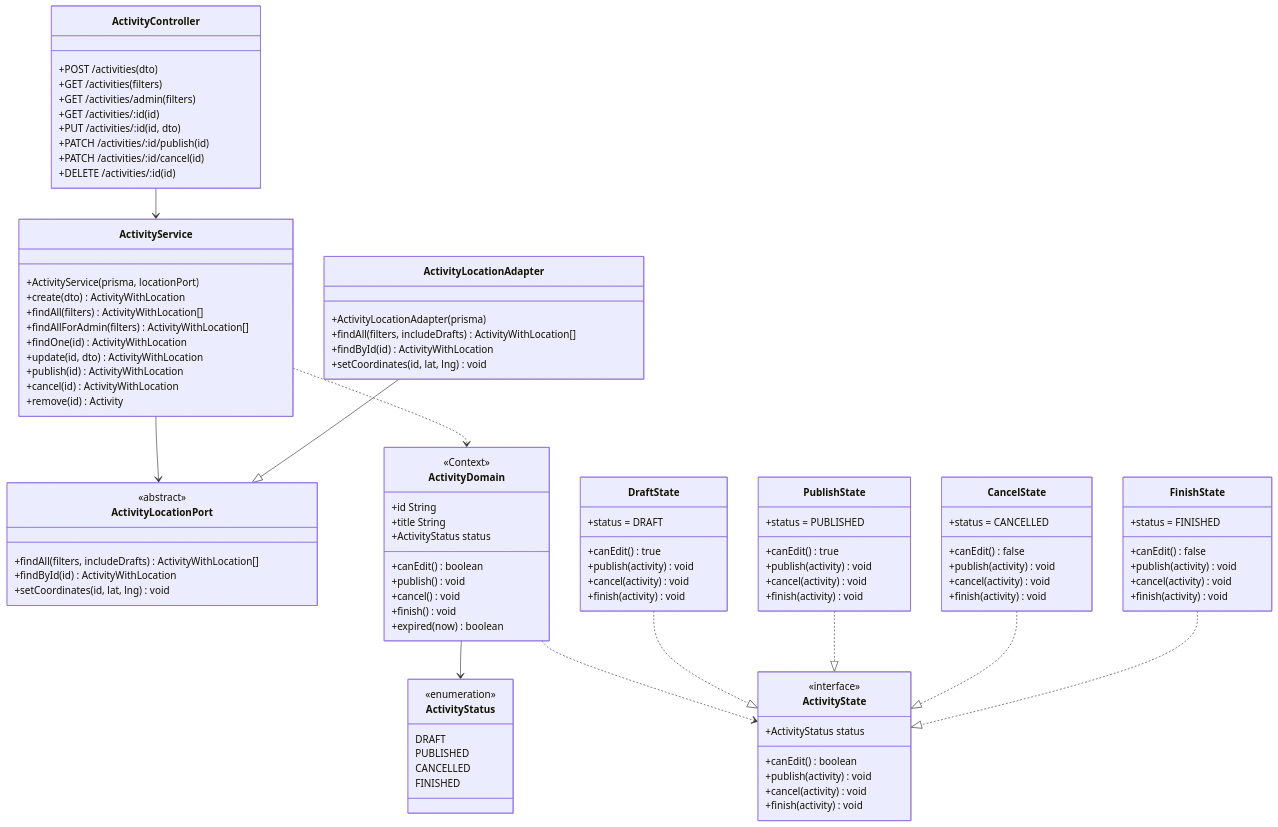
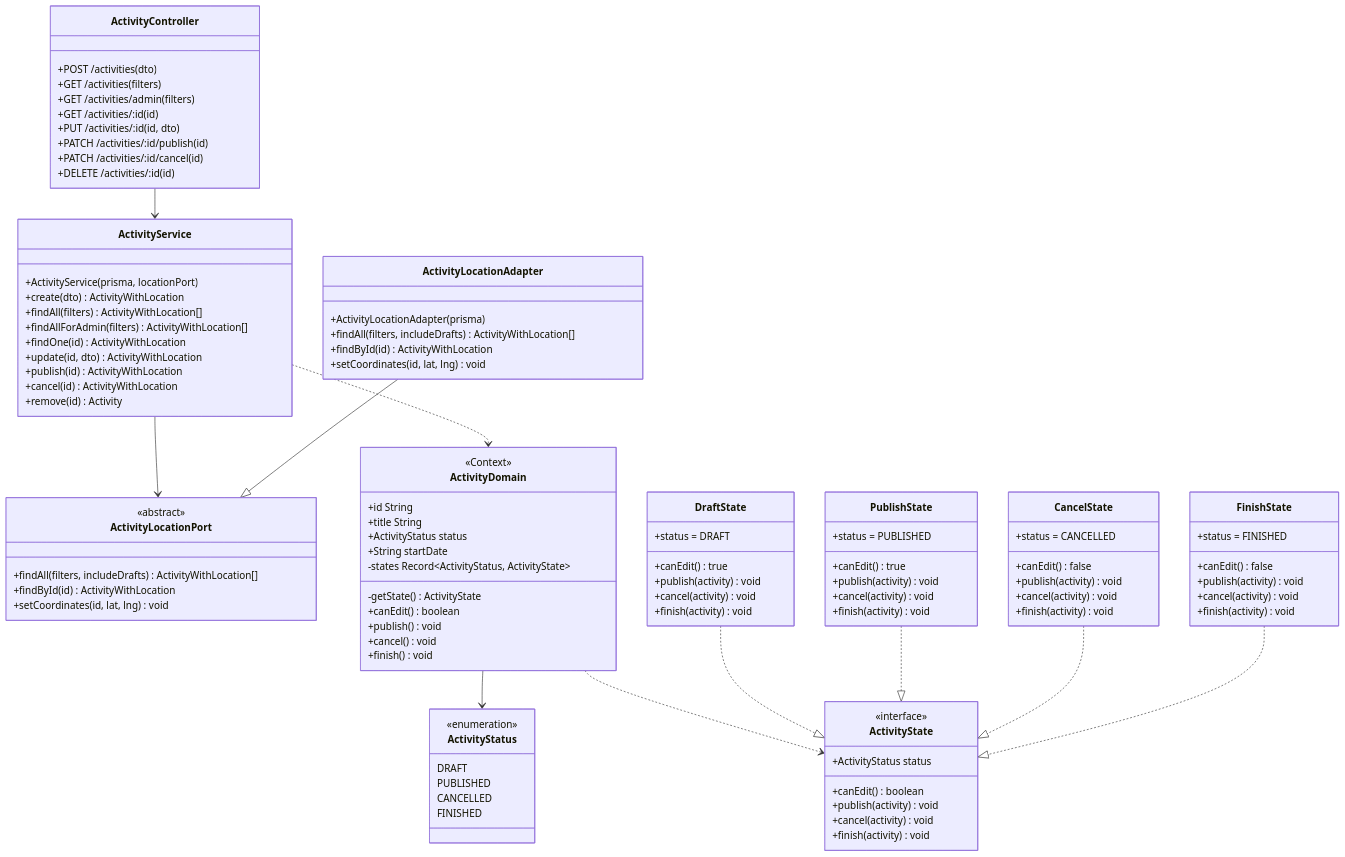
The second of 2 diagrams in docs/patrones-comportamentales/justificacion.md (CaroDevs/Grupo1_Reto1_EventosMedellin), drawn with Mermaid before and after one commit.

Commit message:
Update justificacion Patron State.md

```diff
--- a/docs/patrones-comportamentales/justificacion.md
+++ b/docs/patrones-comportamentales/justificacion.md
@@ -139,11 +139,14 @@
         +id String
         +title String
         +ActivityStatus status
+        +String startDate
+        -states Record~ActivityStatus, ActivityState~
+        -getState() ActivityState
         +canEdit() boolean
         +publish() void
         +cancel() void
         +finish() void
-        +expired(now) boolean
+        
     }
 
     class ActivityStatus {
```
